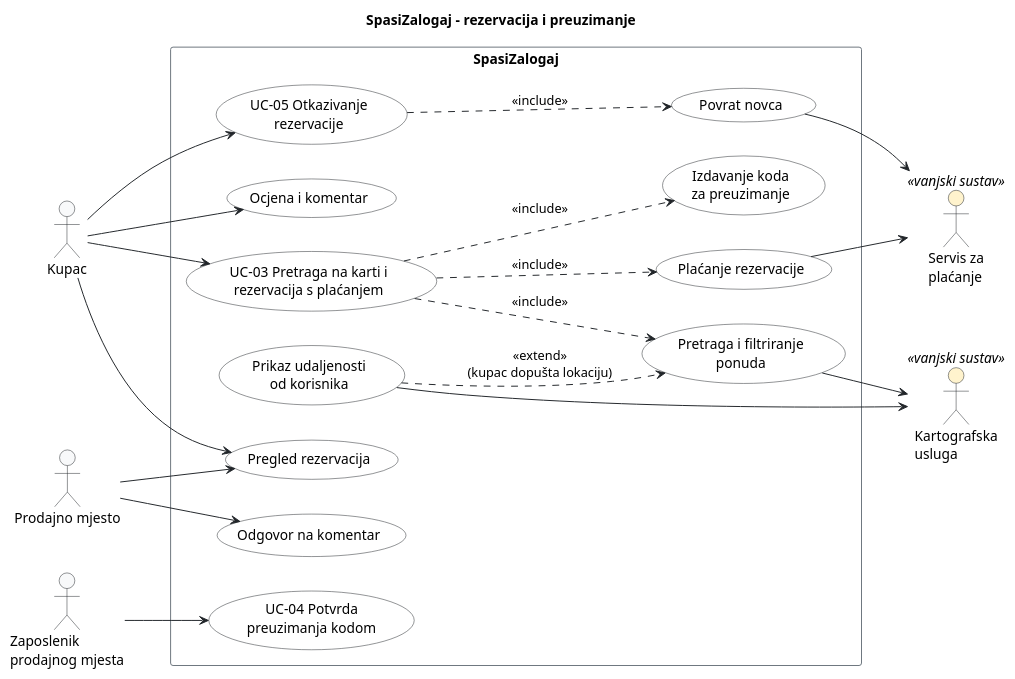
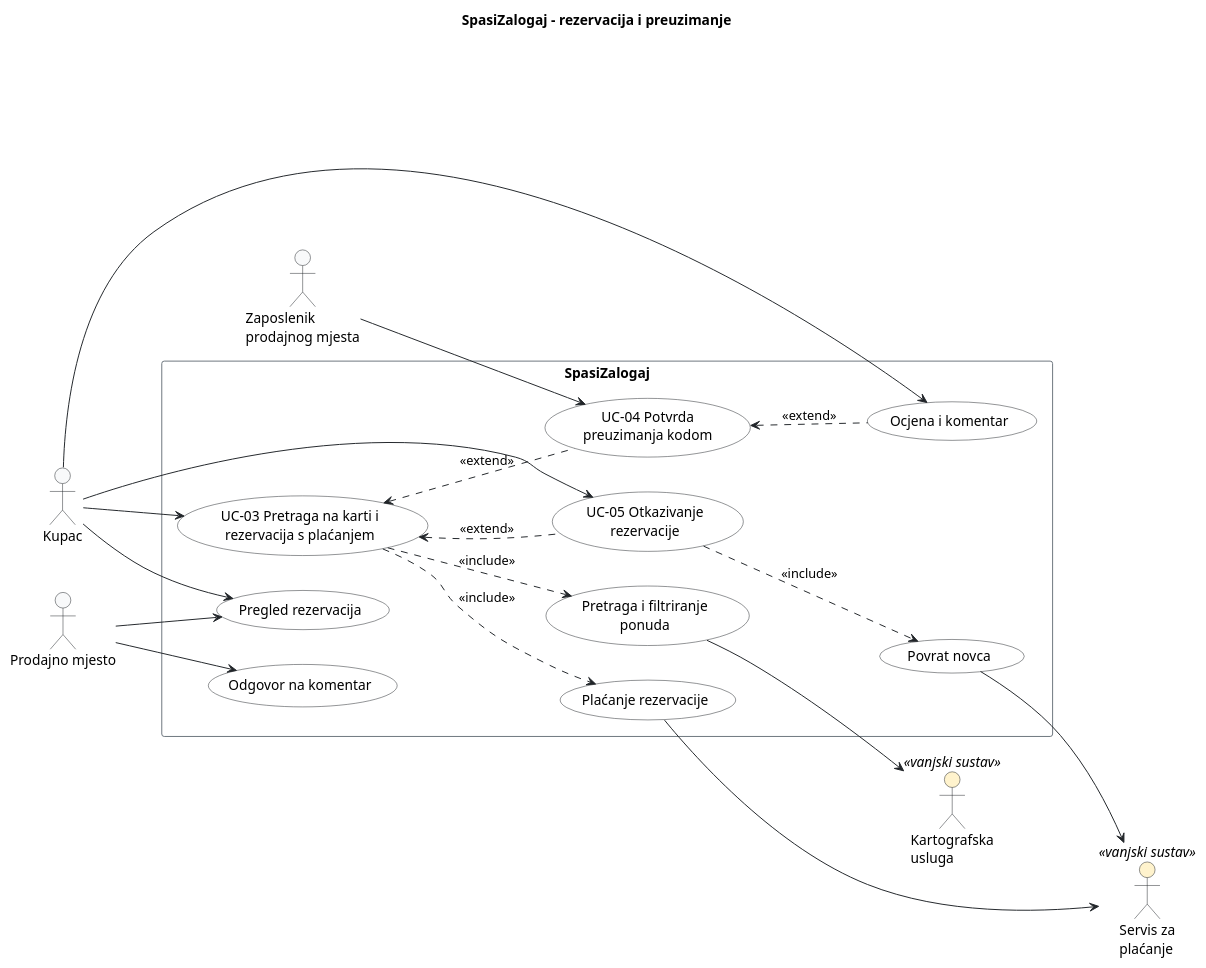
One commit to frenki1004/Menzory changed the diagram in docs/puml/3-2-spasizalogaj-reservation-UC.puml. Above: the diagram before and after it, drawn with PlantUML. The commit also changed 2 other files, not shown here.

```diff
--- a/docs/puml/3-2-spasizalogaj-reservation-UC.puml
+++ b/docs/puml/3-2-spasizalogaj-reservation-UC.puml
@@ -14,66 +14,64 @@
 @startuml
 title SpasiZalogaj – rezervacija i preuzimanje
 left to right direction
 
 skinparam shadowing false
 skinparam defaultFontName Arial
 skinparam ArrowColor #212529
 skinparam actor {
     BackgroundColor #F8F9FA
     BorderColor #212529
     BackgroundColor<<vanjski sustav>> #FFF3CD
 }
 skinparam usecase {
     BackgroundColor #FFFFFF
     BorderColor #212529
 }
 skinparam rectangle {
     BorderColor #6C757D
 }
 
 actor "Kupac" as Kupac
 actor "Zaposlenik\nprodajnog mjesta" as Zaposlenik
 actor "Prodajno mjesto" as Prodavac
 
 rectangle "SpasiZalogaj" {
     usecase "UC-03 Pretraga na karti i\nrezervacija s plaćanjem" as UC03
     usecase "Pretraga i filtriranje\nponuda" as UCPretraga
-    usecase "Prikaz udaljenosti\nod korisnika" as UCUdaljenost
     usecase "Plaćanje rezervacije" as UCPlacanje
-    usecase "Izdavanje koda\nza preuzimanje" as UCKod
 
     usecase "UC-05 Otkazivanje\nrezervacije" as UC05
     usecase "Povrat novca" as UCPovrat
 
     usecase "Pregled rezervacija" as UCPregled
 
     usecase "UC-04 Potvrda\npreuzimanja kodom" as UC04
 
     usecase "Ocjena i komentar" as UCOcjena
     usecase "Odgovor na komentar" as UCOdgovor
 }
 
 actor "Kartografska\nusluga" as Karta <<vanjski sustav>>
 actor "Servis za\nplaćanje" as Placanje <<vanjski sustav>>
 
 Kupac --> UC03
 Kupac --> UC05
 Kupac --> UCPregled
 Kupac --> UCOcjena
 
 Zaposlenik --> UC04
 
 Prodavac --> UCPregled
 Prodavac --> UCOdgovor
 
 UC03 ..> UCPretraga : <<include>>
 UC03 ..> UCPlacanje : <<include>>
-UC03 ..> UCKod : <<include>>
-UCUdaljenost ..> UCPretraga : <<extend>>\n(kupac dopušta lokaciju)
 UC05 ..> UCPovrat : <<include>>
+UC03 <.. UC05 : <<extend>>
+UC03 <.. UC04 : <<extend>>
+UC04 <.. UCOcjena : <<extend>>
 
 UCPretraga --> Karta
-UCUdaljenost --> Karta
 UCPlacanje --> Placanje
 UCPovrat --> Placanje
 @enduml
```
